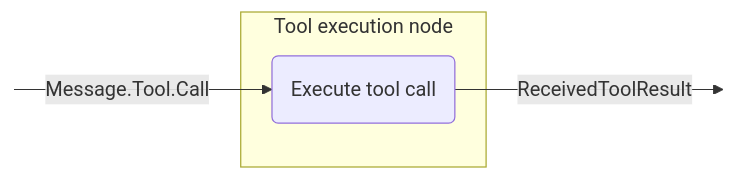
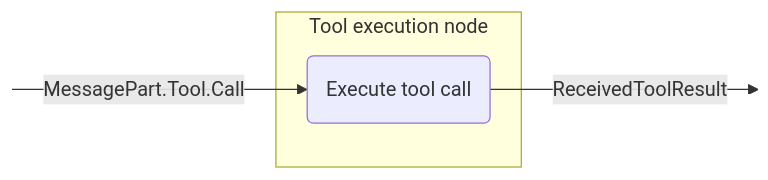
Diagram 11 of 15 in docs/docs/nodes-and-components.md (JetBrains/koog), drawn with Mermaid before and after one commit. The commit also changed other lines of this file and 348 other files, not shown here.

````diff
--- a/docs/docs/nodes-and-components.md
+++ b/docs/docs/nodes-and-components.md
@@ -565,13 +581,13 @@
 ```mermaid
 graph LR
     in:::hidden
     out:::hidden
     
     subgraph node ["Tool execution node"]
         execute(Execute tool call)
     end
     
-    in --Message.Tool.Call--> execute --ReceivedToolResult--> out
+    in --MessagePart.Tool.Call--> execute --ReceivedToolResult--> out
 
     classDef hidden display: none;
 ```
````
